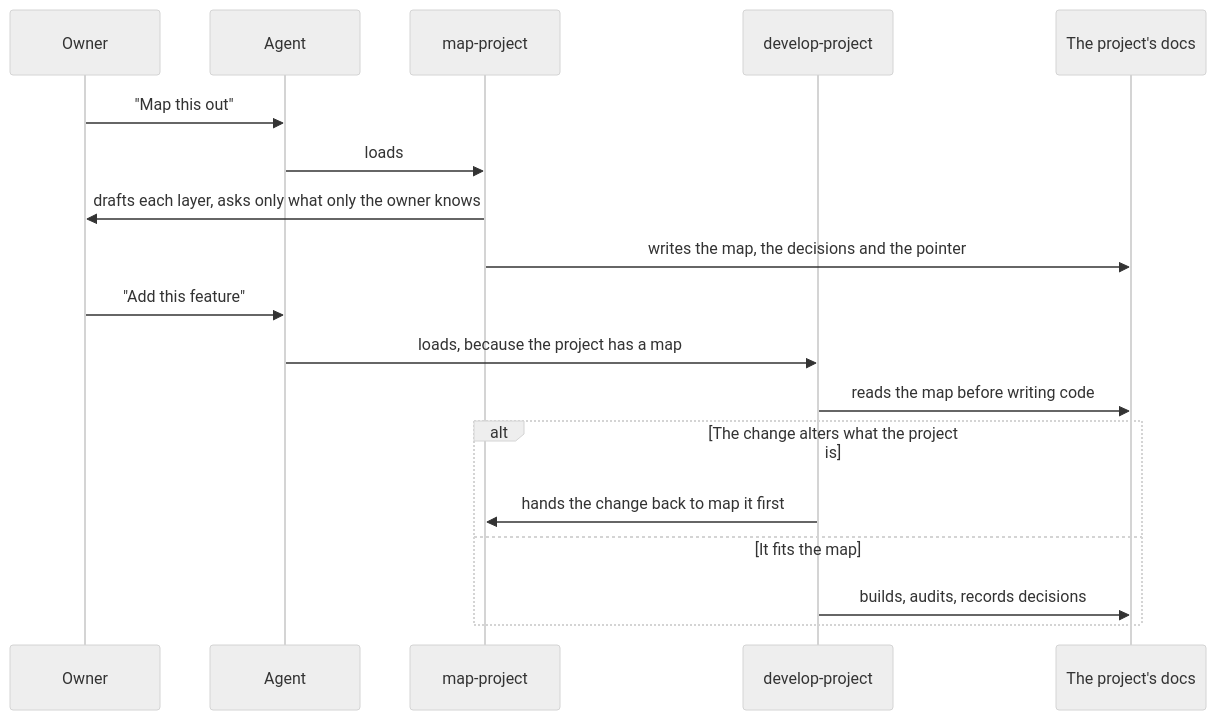
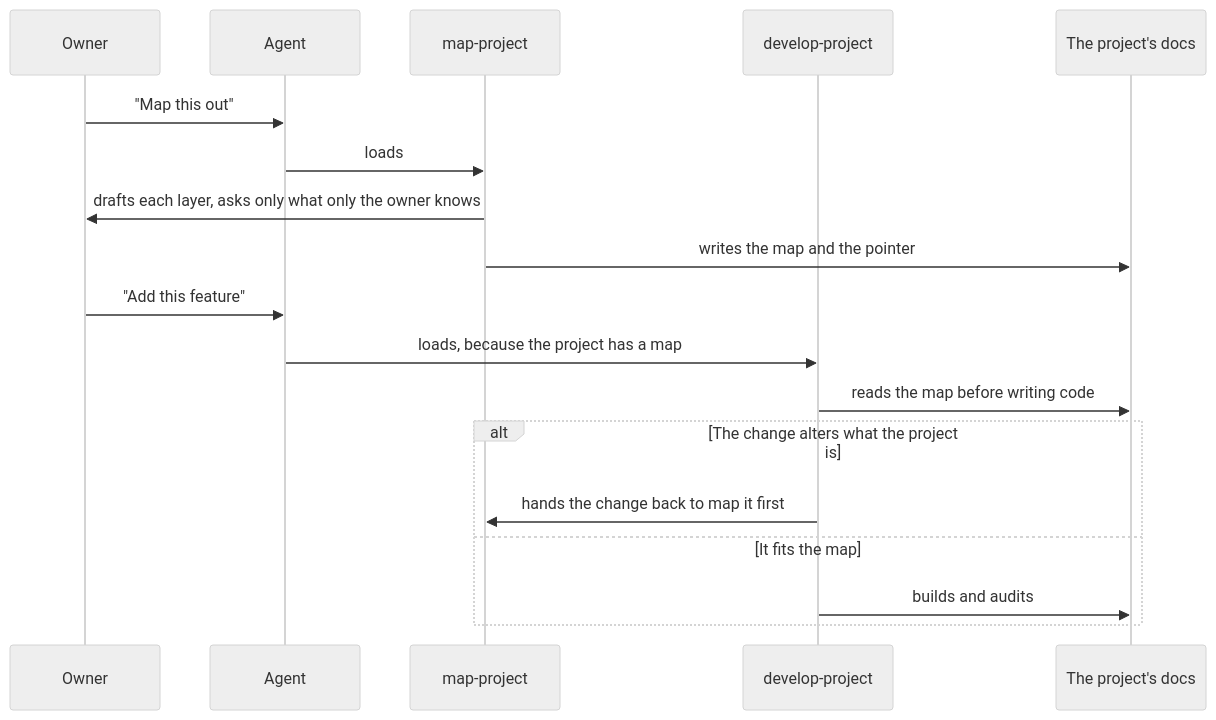
The diagram in docs/interfaces/SKILLS.md (willregelmann/shape-first-design), drawn with Mermaid (neutral theme) before and after one commit. The commit also changed other lines of this file and 141 other files, not shown here.

First line of the commit message:
Centre the intent on the thesis, drop decision records, add the Map primitive and A/B/C comparison

````diff
--- a/docs/interfaces/SKILLS.md
+++ b/docs/interfaces/SKILLS.md
@@ -19,20 +19,20 @@
 ```mermaid
 sequenceDiagram
     participant O as Owner
     participant A as Agent
     participant M as map-project
     participant D as develop-project
     participant P as The project's docs
     O->>A: "Map this out"
     A->>M: loads
     M->>O: drafts each layer, asks only what only the owner knows
-    M->>P: writes the map, the decisions and the pointer
+    M->>P: writes the map and the pointer
     O->>A: "Add this feature"
     A->>D: loads, because the project has a map
     D->>P: reads the map before writing code
     alt The change alters what the project is
         D->>M: hands the change back to map it first
     else It fits the map
-        D->>P: builds, audits, records decisions
+        D->>P: builds and audits
     end
 ```
````
